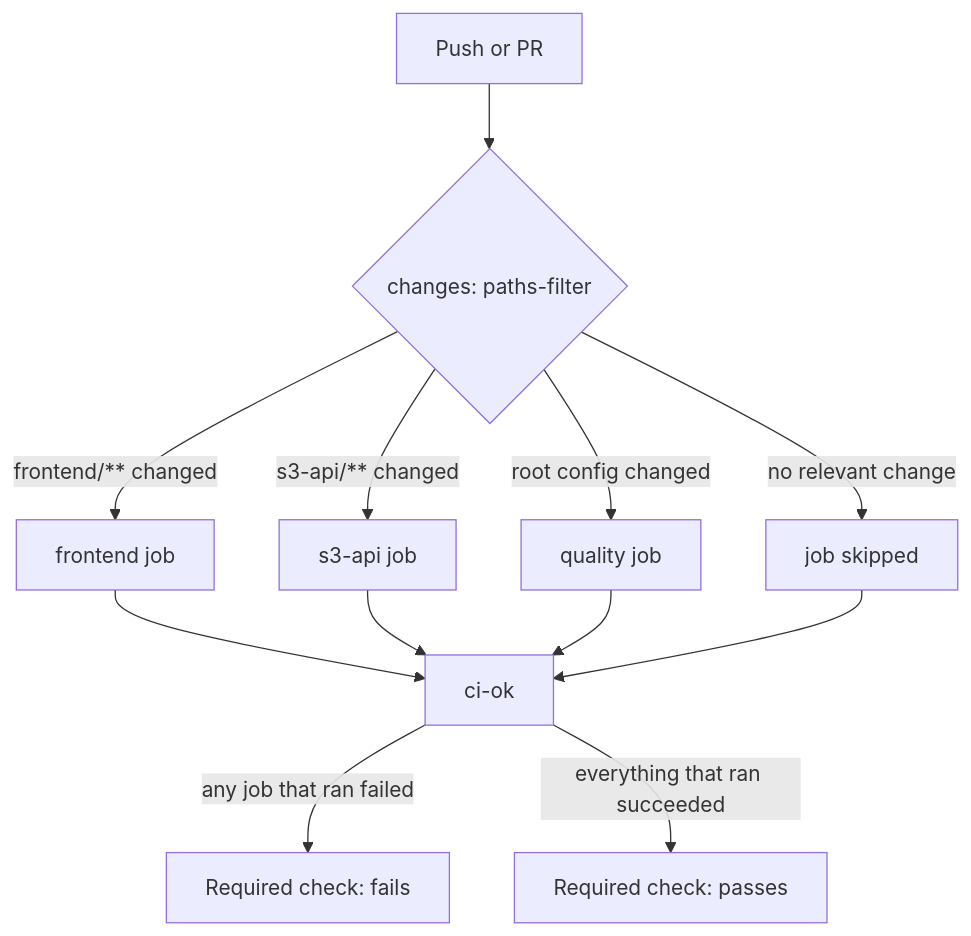
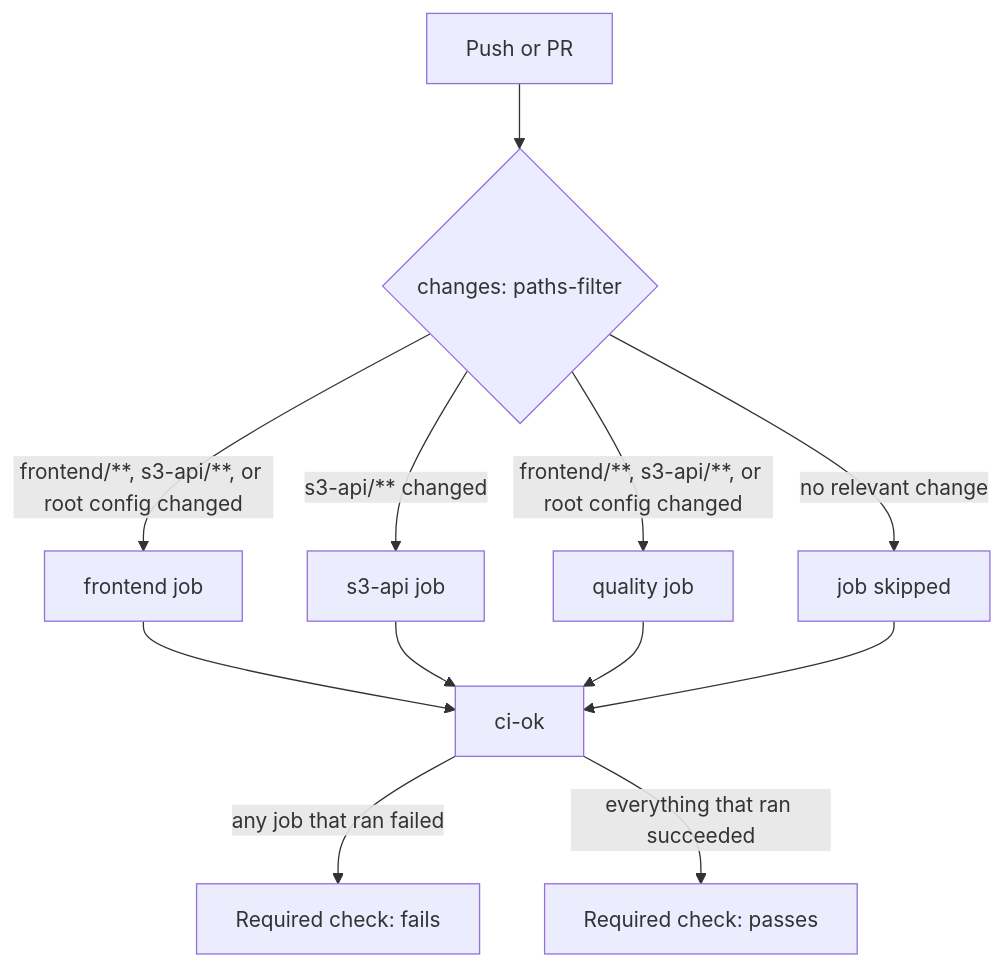
One commit to Opndrive/opndrive changed the diagram in docs/content/contributing/ci-cd.md. Above: the diagram before and after it, drawn with Mermaid. The commit also changed other lines of this file and 18 other files, not shown here.

````diff
--- a/docs/content/contributing/ci-cd.md
+++ b/docs/content/contributing/ci-cd.md
@@ -10,14 +10,14 @@
 ```mermaid
 flowchart TD
     A[Push or PR] --> B{changes: paths-filter}
-    B -->|frontend/** changed| C[frontend job]
+    B -->|frontend/**, s3-api/**, or root config changed| C[frontend job]
     B -->|s3-api/** changed| D[s3-api job]
-    B -->|root config changed| E[quality job]
+    B -->|frontend/**, s3-api/**, or root config changed| E[quality job]
     B -->|no relevant change| F[job skipped]
     C --> G[ci-ok]
     D --> G
     E --> G
     F --> G
     G -->|any job that ran failed| H[Required check: fails]
     G -->|everything that ran succeeded| I[Required check: passes]
 ```
````
